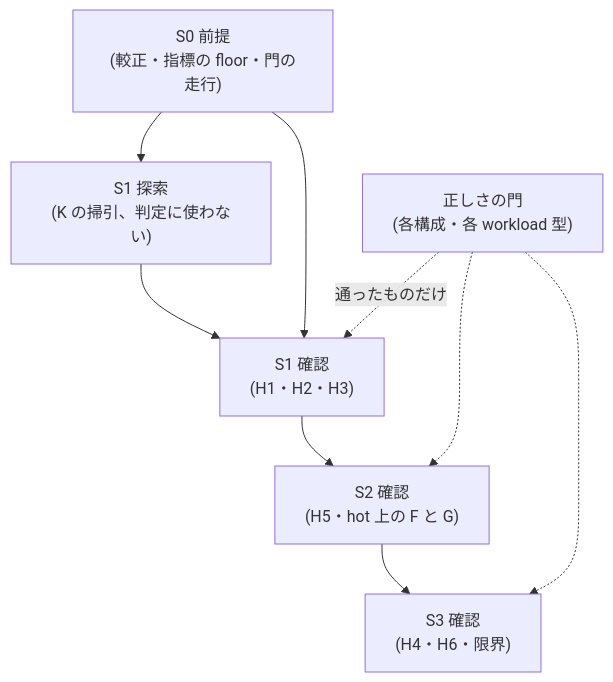
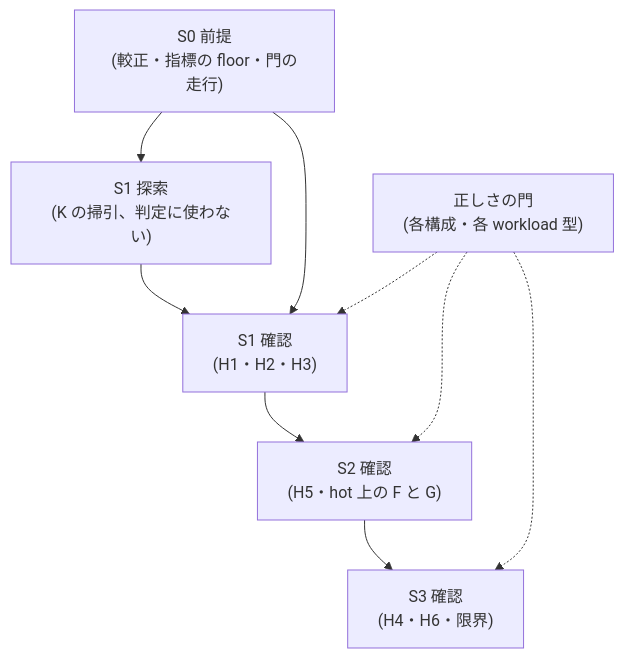
Diagram 24 of 33 in docs/paper-story-vhash/2026-09-29b.md (thawk105/izanagi), drawn with Mermaid before and after one commit. The commit also changed other lines of this file and 1 other file, not shown here.

````diff
--- a/docs/paper-story-vhash/2026-09-29b.md
+++ b/docs/paper-story-vhash/2026-09-29b.md
@@ -770,11 +770,11 @@
 ```mermaid
 flowchart TB
   pre["S0 前提<br/>(較正・指標の floor・門の走行)"] --> s1x["S1 探索<br/>(K の掃引、判定に使わない)"]
   s1x --> s1c["S1 確認<br/>(H1・H2・H3)"]
   pre --> s1c
   s1c --> s2["S2 確認<br/>(H5・hot 上の F と G)"]
   s2 --> s3["S3 確認<br/>(H4・H6・限界)"]
-  gate["正しさの門<br/>(各構成・各 workload 型)"] -.通ったものだけ.-> s1c
+  gate["正しさの門<br/>(各構成・各 workload 型)"] -.-> s1c
   gate -.-> s2
   gate -.-> s3
 ```
````
